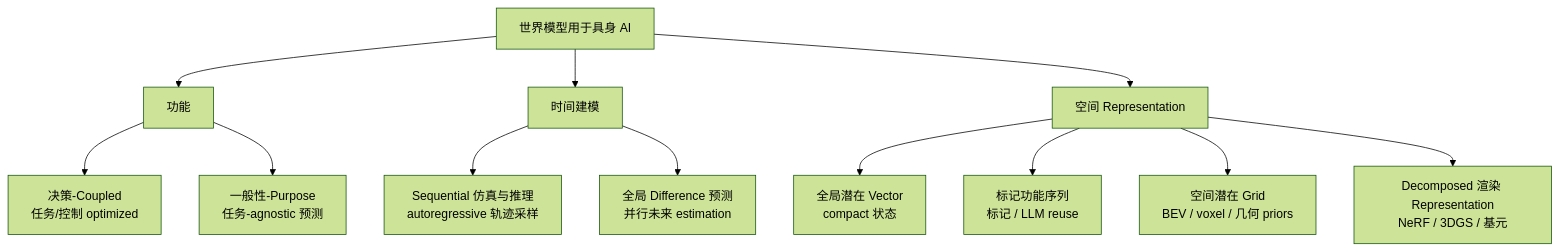
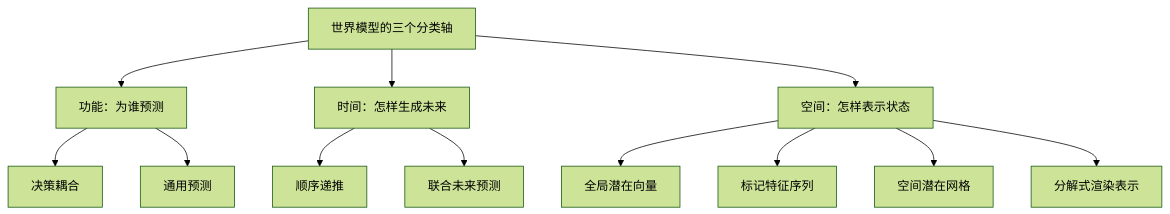
One commit to niuverse/llm-wiki changed the diagram in wiki/concepts/WorldModelTaxonomy.md. Above: the diagram before and after it, drawn with Mermaid (forest theme). The commit also changed other lines of this file and 222 other files, not shown here.

````diff
--- a/wiki/concepts/WorldModelTaxonomy.md
+++ b/wiki/concepts/WorldModelTaxonomy.md
@@ -27,14 +30,14 @@
 ```mermaid
 flowchart TD
-  A["世界模型用于具身 AI"] --> B["功能"]
-  A --> C["时间建模"]
-  A --> D["空间 Representation"]
-  B --> B1["决策-Coupled<br/>任务/控制 optimized"]
-  B --> B2["一般性-Purpose<br/>任务-agnostic 预测"]
-  C --> C1["Sequential 仿真与推理<br/>autoregressive 轨迹采样"]
-  C --> C2["全局 Difference 预测<br/>并行未来 estimation"]
-  D --> D1["全局潜在 Vector<br/>compact 状态"]
-  D --> D2["标记功能序列<br/>标记 / LLM reuse"]
-  D --> D3["空间潜在 Grid<br/>BEV / voxel / 几何 priors"]
-  D --> D4["Decomposed 渲染 Representation<br/>NeRF / 3DGS / 基元"]
+  A[世界模型的三个分类轴] --> B[功能：为谁预测]
+  A --> C[时间：怎样生成未来]
+  A --> D[空间：怎样表示状态]
+  B --> B1[决策耦合]
+  B --> B2[通用预测]
+  C --> C1[顺序递推]
+  C --> C2[联合未来预测]
+  D --> D1[全局潜在向量]
+  D --> D2[标记特征序列]
+  D --> D3[空间潜在网格]
+  D --> D4[分解式渲染表示]
 ```
````
